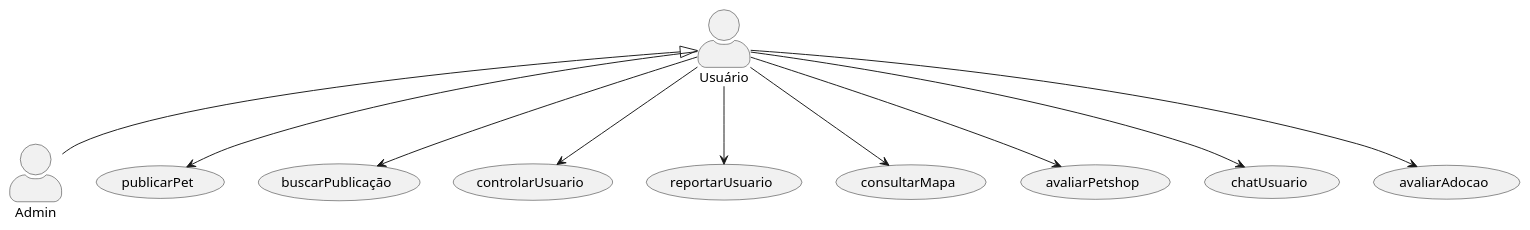
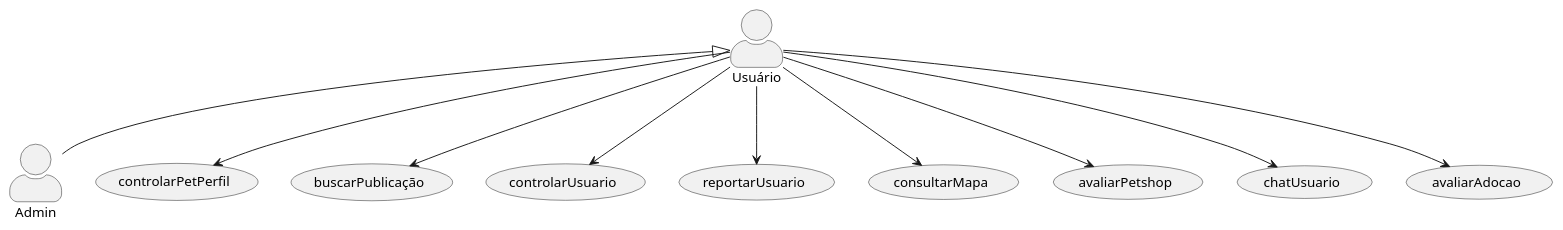
Before and after one commit to UniFil-extensao/getpet: the diagram in docs/UseCase.plantuml, drawn with PlantUML. The commit also changed other lines of this file, not shown here.

Commit message:
atualizando usecase

```diff
--- a/docs/UseCase.plantuml
+++ b/docs/UseCase.plantuml
@@ -3,23 +3,23 @@
 @startuml GetPet
 skinparam actorStyle awesome
 :Admin: as admin
 :Usuário: as user
-(publicarPet) as (post)
+(controlarPetPerfil) as (post)
 (buscarPublicação) as (search)
 (controlarUsuario) as (controlUser)
 (reportarUsuario) as (report)
 (consultarMapa) as (consultarMapa)
 (avaliarPetshop) as (avaliarPetshop)
 (chatUsuario) as (userChat)
 (avaliarAdocao) as (rateProcess)
 user <|-- admin 
 user --> post
 user --> search
 user --> controlUser
 user --> report
 user --> consultarMapa
 user --> avaliarPetshop
 user --> userChat
 user --> rateProcess
 
 @enduml
```
